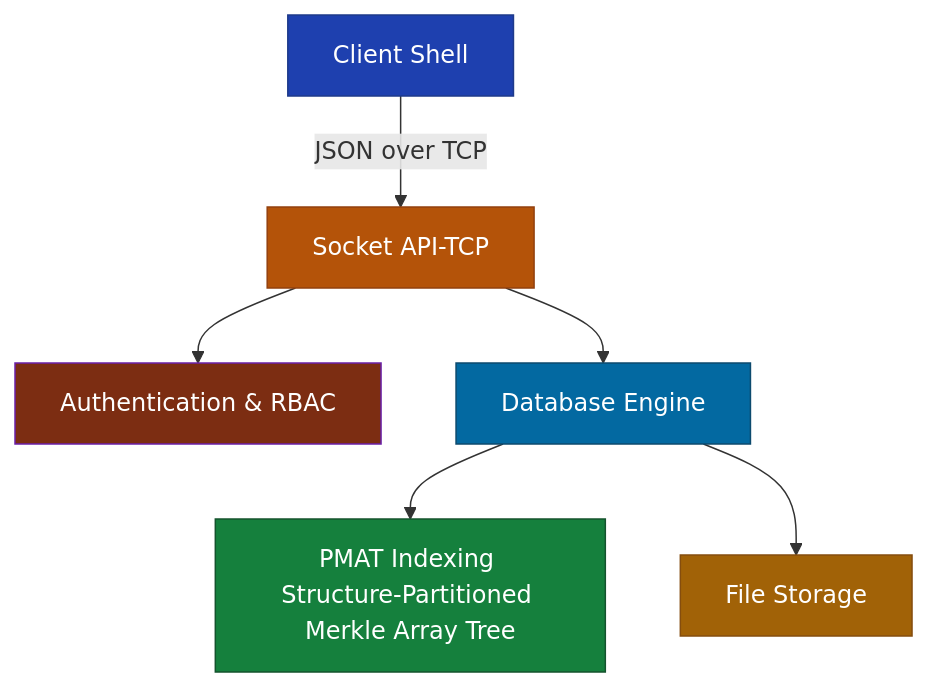
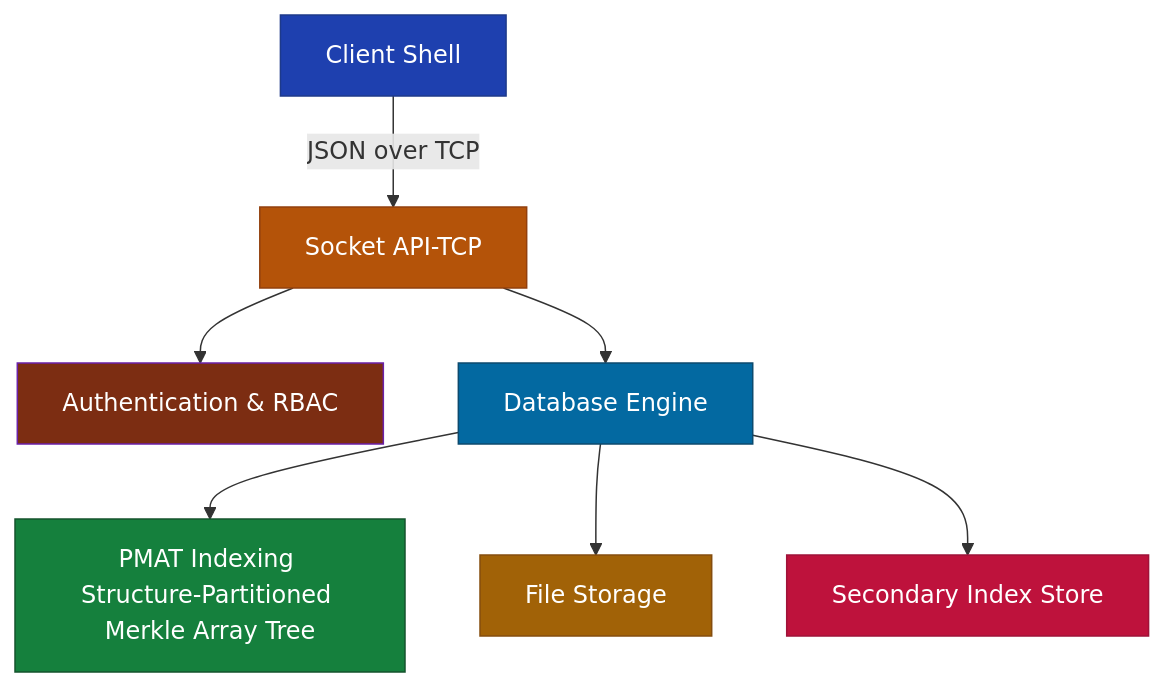
The diagram in README.md (MerkonDB/MerkonDB), drawn with Mermaid before and after one commit. The commit also changed other lines of this file and 2 other files, not shown here.

````diff
--- a/README.md
+++ b/README.md
@@ -17,14 +18,16 @@
 ```mermaid
 graph TD
     A[Client Shell] -->|JSON over TCP| B[Socket API-TCP]
     B --> C1[Authentication & RBAC]
     B --> C2[Database Engine]
     C2 --> D[PMAT Indexing Structure-Partitioned Merkle Array Tree]
     C2 --> E[File Storage]
+    C2 --> F[Secondary Index Store]
     style A fill:#1e40af,stroke:#1e3a8a,color:#ffffff
     style B fill:#b45309,stroke:#92400e,color:#ffffff
     style C1 fill:#7c2d12,stroke:#6b21a8,color:#ffffff
     style C2 fill:#0369a1,stroke:#0c4a6e,color:#ffffff
     style D fill:#15803d,stroke:#14532d,color:#ffffff
     style E fill:#a16207,stroke:#854d0e,color:#ffffff
+    style F fill:#be123c,stroke:#9f1239,color:#ffffff
 ```
````
